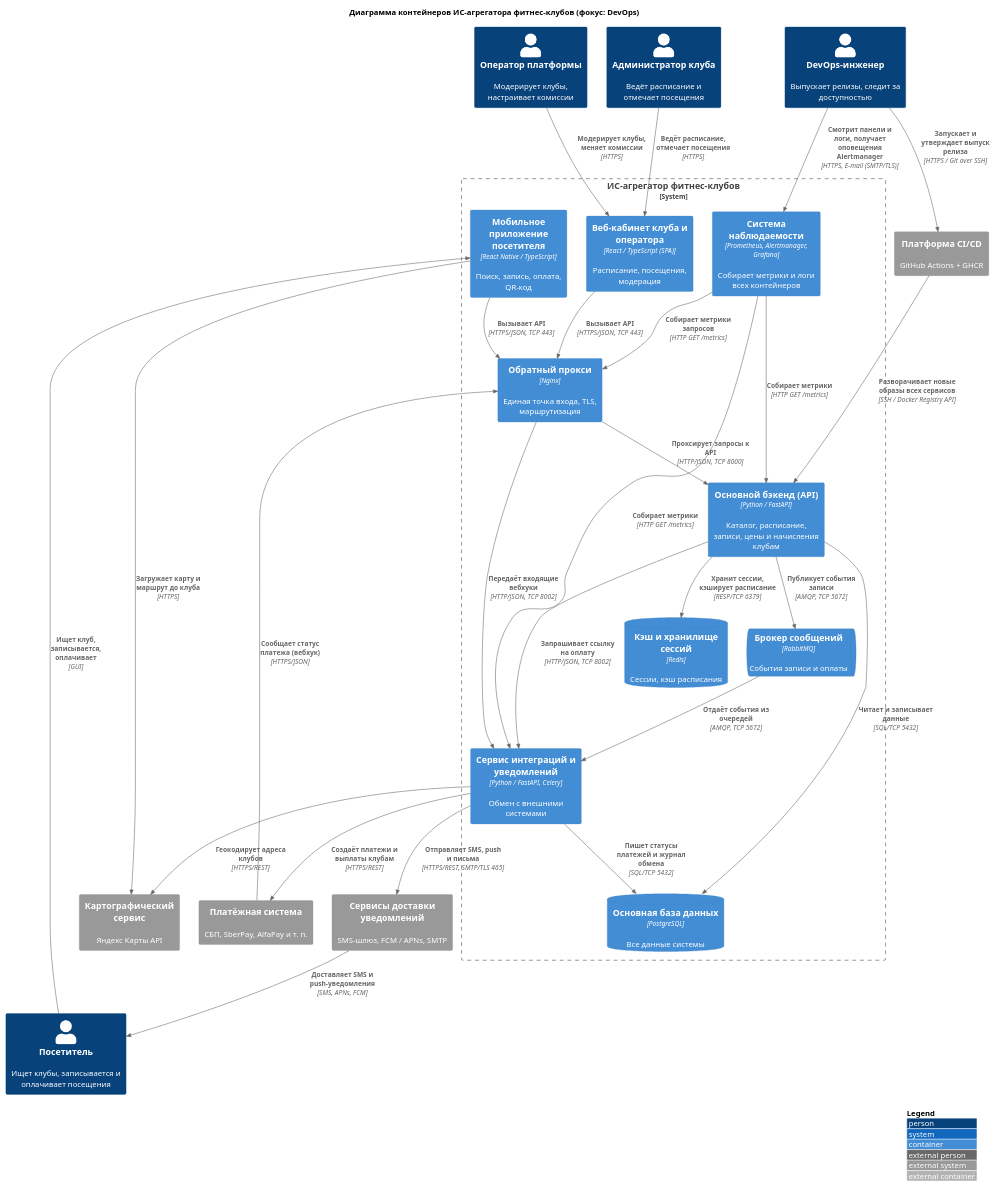
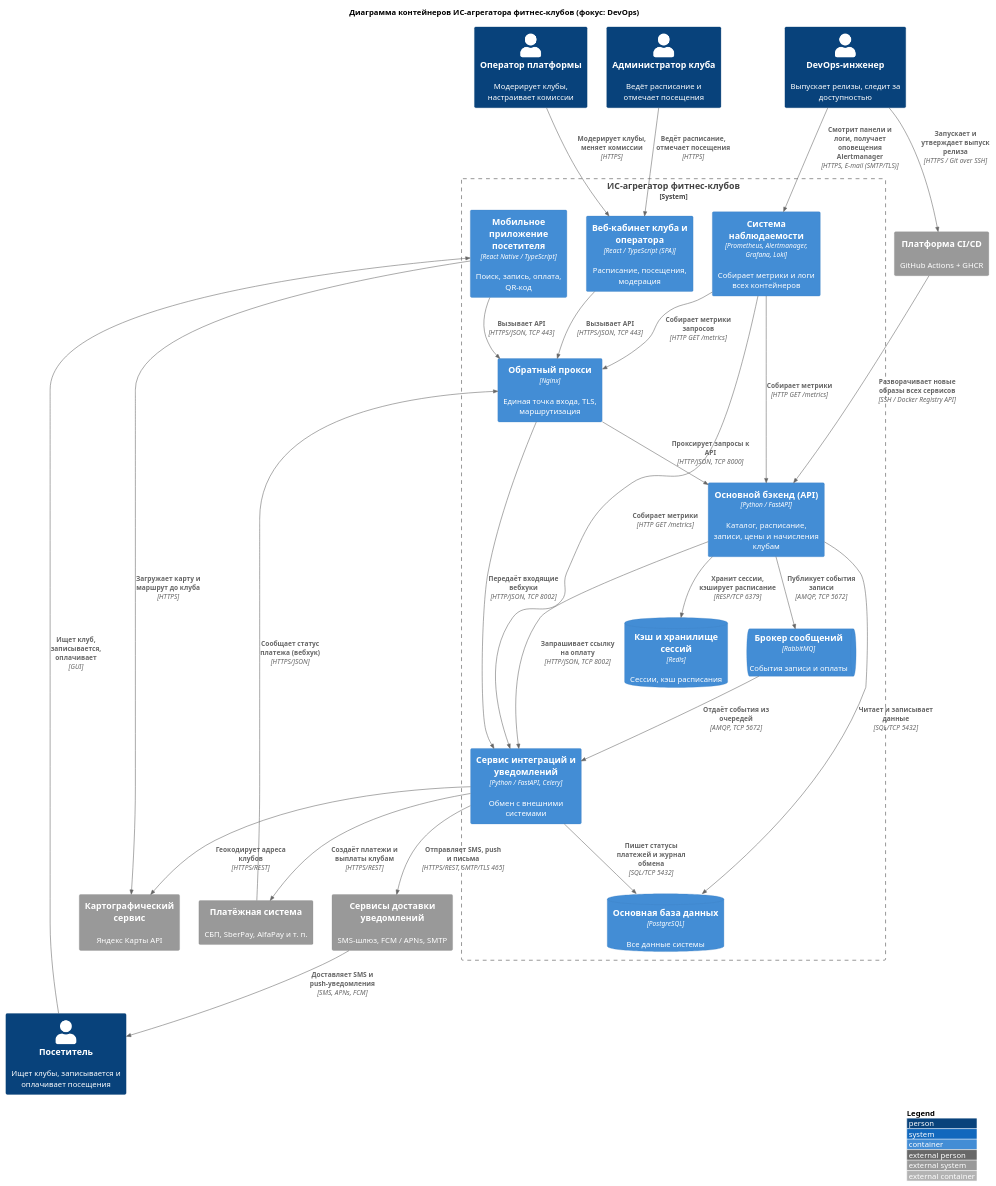
Before and after one commit to lamtfey11/ISIT-project-gym-aggregator: the diagram in src/containers/l2-containers-devops.puml, drawn with PlantUML.

Commit message:
Loki для сбора логов

```diff
--- a/src/containers/l2-containers-devops.puml
+++ b/src/containers/l2-containers-devops.puml
@@ -1,64 +1,64 @@
 @startuml "Fitness Aggregator - Container View (DevOps)"
 !include https://raw.githubusercontent.com/plantuml-stdlib/C4-PlantUML/master/C4_Container.puml
 
 LAYOUT_WITH_LEGEND()
 
 title Диаграмма контейнеров ИС-агрегатора фитнес-клубов (фокус: DevOps)
 
 Person(visitor, "Посетитель", "Ищет клубы, записывается и оплачивает посещения")
 Person(club_admin, "Администратор клуба", "Ведёт расписание и отмечает посещения")
 Person(operator, "Оператор платформы", "Модерирует клубы, настраивает комиссии")
 Person(devops, "DevOps-инженер", "Выпускает релизы, следит за доступностью")
 
 
 System_Boundary(fitness_system, "ИС-агрегатор фитнес-клубов") {
   Container(mobile_app, "Мобильное приложение посетителя", "React Native / TypeScript", "Поиск, запись, оплата, QR-код")
   Container(club_web, "Веб-кабинет клуба и оператора", "React / TypeScript (SPA)", "Расписание, посещения, модерация")
   Container(reverse_proxy, "Обратный прокси", "Nginx", "Единая точка входа, TLS, маршрутизация")
   Container(api_backend, "Основной бэкенд (API)", "Python / FastAPI", "Каталог, расписание, записи, цены и начисления клубам")
   Container(integration_service, "Сервис интеграций и уведомлений", "Python / FastAPI, Celery", "Обмен с внешними системами")
   ContainerQueue(message_broker, "Брокер сообщений", "RabbitMQ", "События записи и оплаты")
   ContainerDb(database, "Основная база данных", "PostgreSQL", "Все данные системы")
   ContainerDb(cache, "Кэш и хранилище сессий", "Redis", "Сессии, кэш расписания")
-  Container(monitoring, "Система наблюдаемости", "Prometheus, Alertmanager, Grafana", "Собирает метрики и логи всех контейнеров")
+  Container(monitoring, "Система наблюдаемости", "Prometheus, Alertmanager, Grafana, Loki", "Собирает метрики и логи всех контейнеров")
 }
 
 System_Ext(payment_gateway, "Платёжная система", "СБП, SberPay, AlfaPay и т. п.")
 System_Ext(maps_service, "Картографический сервис", "Яндекс Карты API")
 System_Ext(notification_gateway, "Сервисы доставки уведомлений", "SMS-шлюз, FCM / APNs, SMTP")
 System_Ext(ci_cd, "Платформа CI/CD", "GitHub Actions + GHCR")
 
 Rel(visitor, mobile_app, "Ищет клуб, записывается, оплачивает", "GUI")
 Rel(club_admin, club_web, "Ведёт расписание, отмечает посещения", "HTTPS")
 Rel(operator, club_web, "Модерирует клубы, меняет комиссии", "HTTPS")
 Rel(devops, monitoring, "Смотрит панели и логи, получает оповещения Alertmanager", "HTTPS, E-mail (SMTP/TLS)")
 Rel(devops, ci_cd, "Запускает и утверждает выпуск релиза", "HTTPS / Git over SSH")
 
 Rel(mobile_app, reverse_proxy, "Вызывает API", "HTTPS/JSON, TCP 443")
 Rel(club_web, reverse_proxy, "Вызывает API", "HTTPS/JSON, TCP 443")
 Rel(mobile_app, maps_service, "Загружает карту и маршрут до клуба", "HTTPS")
 
 Rel(reverse_proxy, api_backend, "Проксирует запросы к API", "HTTP/JSON, TCP 8000")
 Rel(reverse_proxy, integration_service, "Передаёт входящие вебхуки", "HTTP/JSON, TCP 8002")
 
 Rel(api_backend, integration_service, "Запрашивает ссылку на оплату", "HTTP/JSON, TCP 8002")
 Rel(api_backend, database, "Читает и записывает данные", "SQL/TCP 5432")
 Rel(api_backend, cache, "Хранит сессии, кэширует расписание", "RESP/TCP 6379")
 Rel(api_backend, message_broker, "Публикует события записи", "AMQP, TCP 5672")
 Rel(integration_service, database, "Пишет статусы платежей и журнал обмена", "SQL/TCP 5432")
 Rel(message_broker, integration_service, "Отдаёт события из очередей", "AMQP, TCP 5672")
 
 Rel(integration_service, payment_gateway, "Создаёт платежи и выплаты клубам", "HTTPS/REST")
 Rel(payment_gateway, reverse_proxy, "Сообщает статус платежа (вебхук)", "HTTPS/JSON")
 Rel(integration_service, maps_service, "Геокодирует адреса клубов", "HTTPS/REST")
 Rel(integration_service, notification_gateway, "Отправляет SMS, push и письма", "HTTPS/REST, SMTP/TLS 465")
 Rel(notification_gateway, visitor, "Доставляет SMS и push-уведомления", "SMS, APNs, FCM")
 
 Rel(monitoring, reverse_proxy, "Собирает метрики запросов", "HTTP GET /metrics")
 Rel(monitoring, api_backend, "Собирает метрики", "HTTP GET /metrics")
 Rel(monitoring, integration_service, "Собирает метрики", "HTTP GET /metrics")
 
 Rel(ci_cd, api_backend, "Разворачивает новые образы всех сервисов", "SSH / Docker Registry API")
 
 
 @enduml
```
